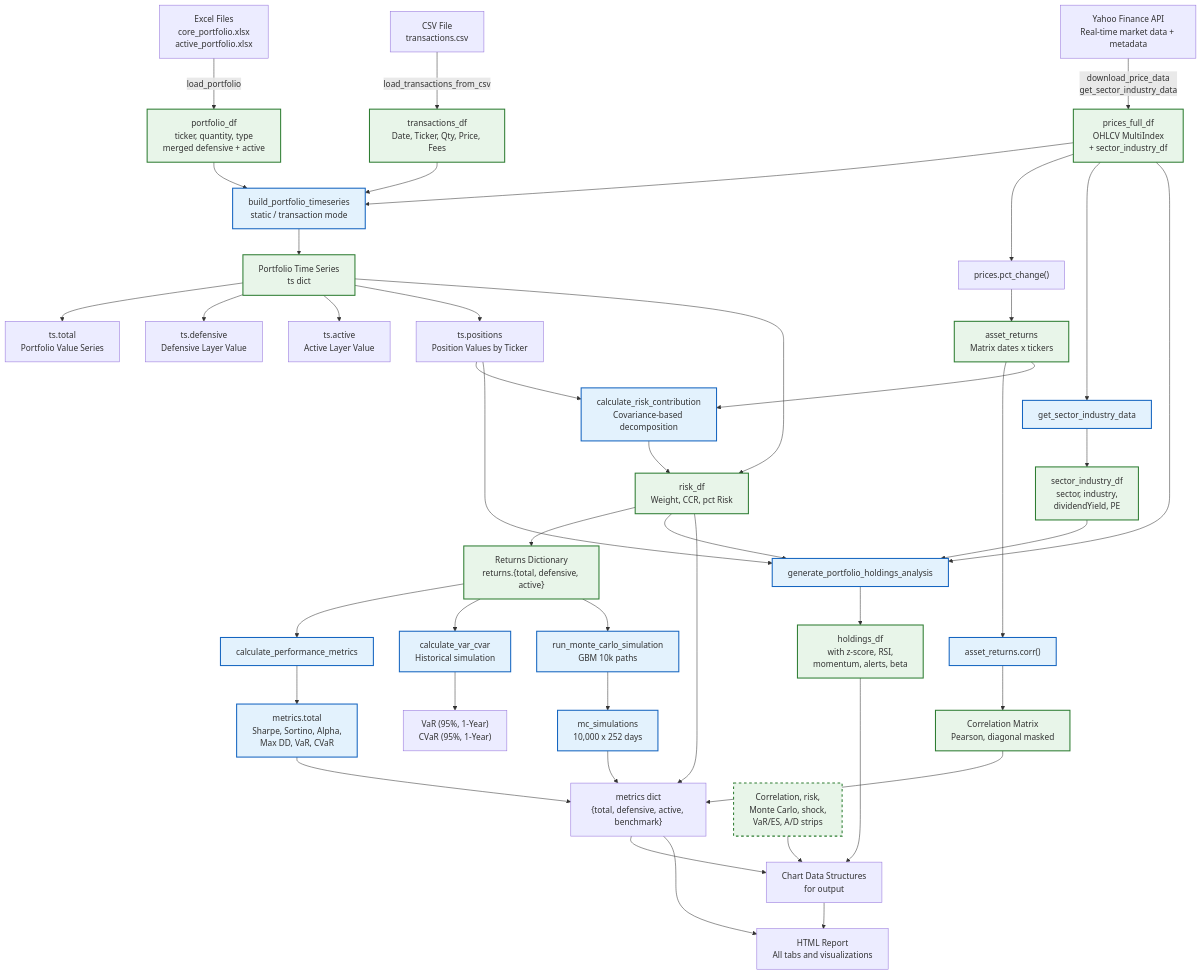
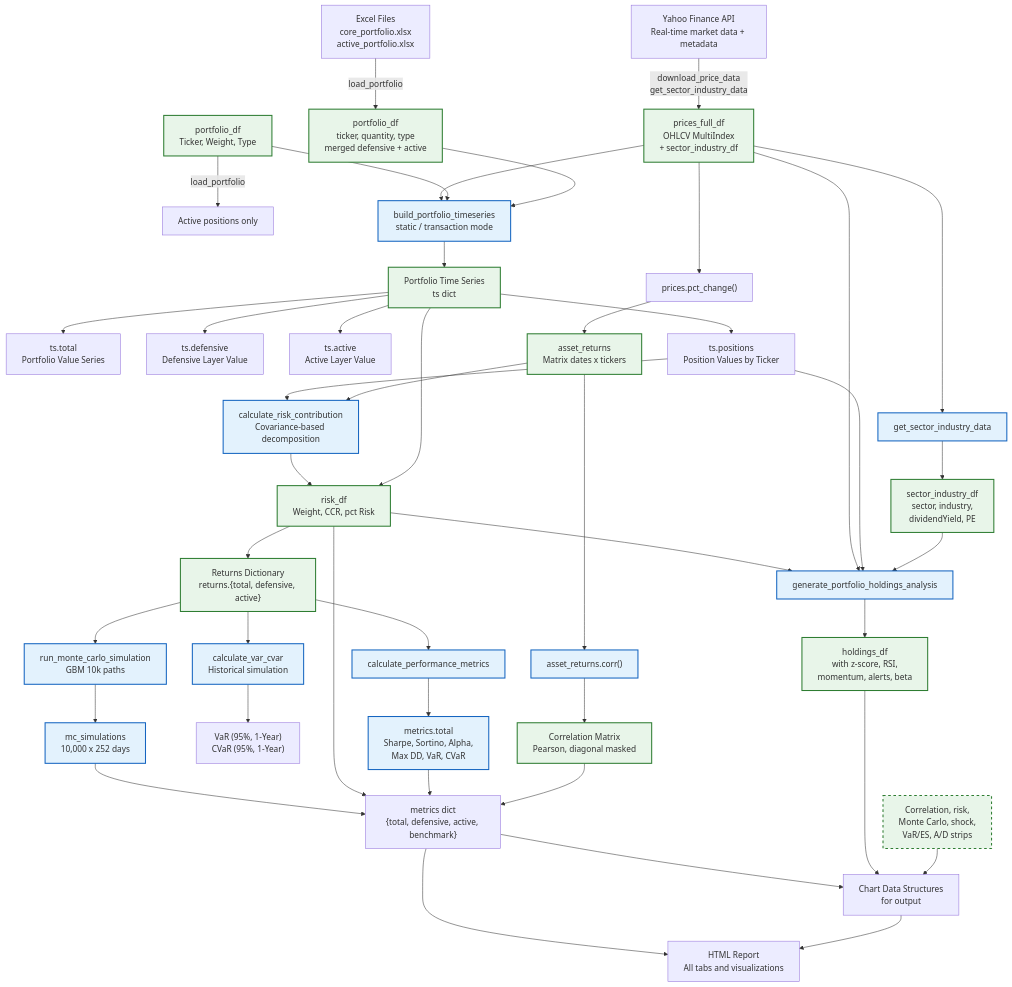
One commit to AlphaSentra/alphasentra-functions changed the second of 5 diagrams in Functions/port/DATA_ARCHITECTURE.md. Above: the diagram before and after it, drawn with Mermaid. The commit also changed other lines of this file and 10 other files, not shown here.

````diff
--- a/Functions/port/DATA_ARCHITECTURE.md
+++ b/Functions/port/DATA_ARCHITECTURE.md
@@ -585,74 +560,74 @@
 ```mermaid
 graph TB
     %% Input Layer
     F1["Excel Files\ncore_portfolio.xlsx\nactive_portfolio.xlsx"] -->|load_portfolio| D1
-    F2["CSV File\ntransactions.csv"] -->|load_transactions_from_csv| D2["transactions_df\nDate, Ticker, Qty, Price, Fees"]
+    D2["portfolio_df\nTicker, Weight, Type"] -->|load_portfolio| P2[Active positions only]
     F3["Yahoo Finance API\nReal-time market data + metadata"] -->|download_price_data\nget_sector_industry_data| D3
 
     %% Layer 1: Raw DataFrames
     D1["portfolio_df\nticker, quantity, type\nmerged defensive + active"]:::df
     D3["prices_full_df\nOHLCV MultiIndex\n+ sector_industry_df"]:::df
 
     D1 & D2 --> TS["build_portfolio_timeseries\nstatic / transaction mode"]:::proc
     D3 --> TS
 
     %% Layer 2: Time Series
     TS --> TS1[Portfolio Time Series\nts dict]
     TS1 --> TSa[ts.total\nPortfolio Value Series]
     TS1 --> TSb[ts.defensive\nDefensive Layer Value]
     TS1 --> TSc[ts.active\nActive Layer Value]
     TS1 --> TSd[ts.positions\nPosition Values by Ticker]
 
     %% Layer 3: Returns Calculation
     TS1 --> RC1[calculate_returns]
     RC1 --> RETS["Returns Dictionary\nreturns.{total, defensive, active}"]
 
     %% Branch A: Portfolio-Level Analysis
     RETS --> PM[calculate_performance_metrics]:::proc
     PM --> PM1["metrics.total\nSharpe, Sortino, Alpha,\nMax DD, VaR, CVaR"]
     RETS --> VD["calculate_var_cvar\nHistorical simulation"]
     VD --> VD1["VaR (95%, 1-Year)\nCVaR (95%, 1-Year)"]
 
     RETS --> MC["run_monte_carlo_simulation\nGBM 10k paths"]:::proc
     MC --> MC1["mc_simulations\n10,000 x 252 days"]
 
     %% Branch B: Asset-Level Analysis
     D3 --> AR["prices.pct_change()"]
     AR --> AR1["asset_returns\nMatrix dates x tickers"]
     AR1 --> CR["asset_returns.corr()"]
     CR --> CORR["Correlation Matrix\nPearson, diagonal masked"]
 
     AR1 --> RC["calculate_risk_contribution\nCovariance-based decomposition"]:::proc
     TSd --> RC
     RC --> RC1["risk_df\nWeight, CCR, pct Risk"]
 
     %% Branch C: Metadata Enrichment
     D3 --> SI["get_sector_industry_data"]
     SI --> SI1["sector_industry_df\nsector, industry,\ndividendYield, PE"]
 
     %% Holdings Enrichment
     SI1 --> HE["generate_portfolio_holdings_analysis"]:::proc
     TSd --> HE
     D3 --> HE
     RC1 --> HE
 
     %% OUTPUT
     %% Metrics
     CORR & PM1 & RC1 & MC1 --> M["metrics dict\n{total, defensive, active, benchmark}"]
     %% Charts
     VCCOMP["Correlation, risk,\nMonte Carlo, shock,\nVaR/ES, A/D strips"]:::group --> CH["Chart Data Structures\nfor output"]
     HE --> HE1["holdings_df\nwith z-score, RSI,\nmomentum, alerts, beta"]
     HE1 --> CH
     M --> CH
 
     CH & M --> OUT["HTML Report\nAll tabs and visualizations"]
 
     %% Styling
     classDef df fill:#e8f5e9,stroke:#2e7d32,stroke-width:2px
     classDef proc fill:#e3f2fd,stroke:#1565c0,stroke-width:2px
     classDef group fill:#fff3e0,stroke:#ef6c00,stroke-width:1px,stroke-dasharray:5 5
 
     class D1,D2,D3,TS1,AR1,CORR,RC1,RETS,SI1,HE1,VCCOMP df
     class TS,PM,MC,RC,CR,HE,SI,VD,PM1,MC1 proc
     class M,CH,OUT output
 ```
````
